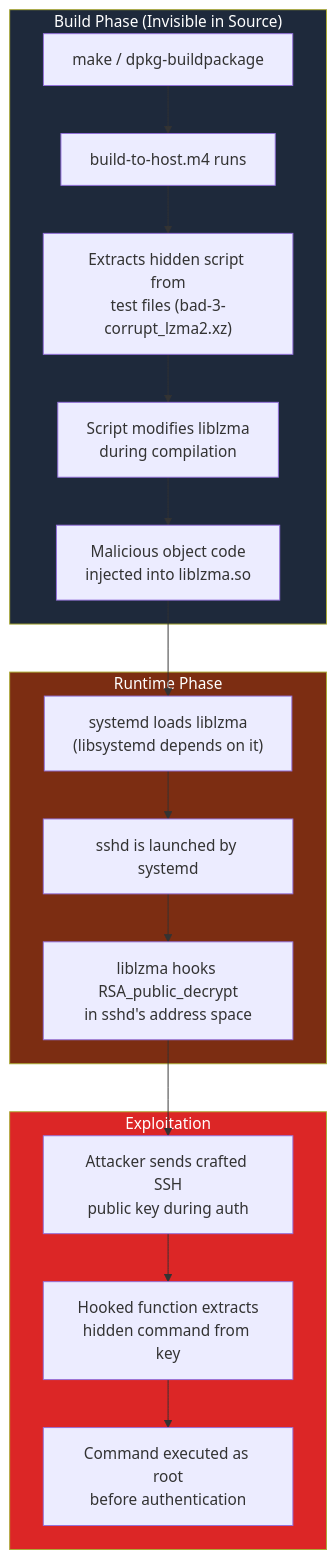
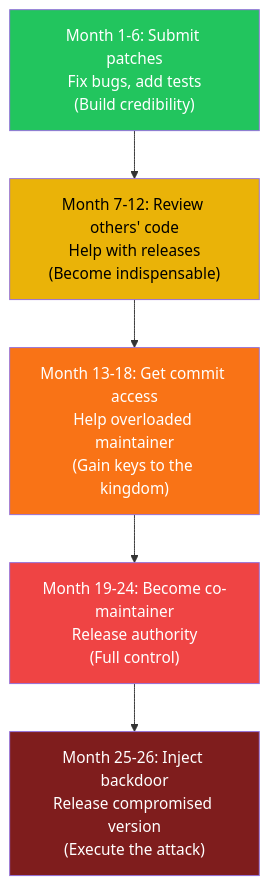
One commit to ayush-jadaun/knowledge-vault changed the second of 4 diagrams in docs/security/exploits/xz-backdoor-2024.md. Above: the diagram before and after it, drawn with Mermaid. The commit also changed other lines of this file and 8 other files, not shown here.

````diff
--- a/docs/security/exploits/xz-backdoor-2024.md
+++ b/docs/security/exploits/xz-backdoor-2024.md
@@ -75,25 +165,13 @@
 ```mermaid
-flowchart TB
-    subgraph Build["Build Phase (Invisible in Source)"]
-        A["make / dpkg-buildpackage"] --> B["build-to-host.m4 runs"]
-        B --> C["Extracts hidden script from<br/>test files (bad-3-corrupt_lzma2.xz)"]
-        C --> D["Script modifies liblzma<br/>during compilation"]
-        D --> E["Malicious object code<br/>injected into liblzma.so"]
-    end
+graph TD
+    A["Month 1-6: Submit patches<br/>Fix bugs, add tests<br/>(Build credibility)"] --> B["Month 7-12: Review others' code<br/>Help with releases<br/>(Become indispensable)"]
+    B --> C["Month 13-18: Get commit access<br/>Help overloaded maintainer<br/>(Gain keys to the kingdom)"]
+    C --> D["Month 19-24: Become co-maintainer<br/>Release authority<br/>(Full control)"]
+    D --> E["Month 25-26: Inject backdoor<br/>Release compromised version<br/>(Execute the attack)"]
 
-    subgraph Runtime["Runtime Phase"]
-        E --> F["systemd loads liblzma<br/>(libsystemd depends on it)"]
-        F --> G["sshd is launched by systemd"]
-        G --> H["liblzma hooks RSA_public_decrypt<br/>in sshd's address space"]
-    end
-
-    subgraph Exploit["Exploitation"]
-        H --> I["Attacker sends crafted SSH<br/>public key during auth"]
-        I --> J["Hooked function extracts<br/>hidden command from key"]
-        J --> K["Command executed as root<br/>before authentication"]
-    end
-
-    style Build fill:#1e293b,color:#fff
-    style Runtime fill:#7c2d12,color:#fff
-    style Exploit fill:#dc2626,color:#fff
+    style A fill:#22c55e,color:#fff
+    style B fill:#eab308,color:#000
+    style C fill:#f97316,color:#fff
+    style D fill:#ef4444,color:#fff
+    style E fill:#7f1d1d,color:#fff
 ```
````
